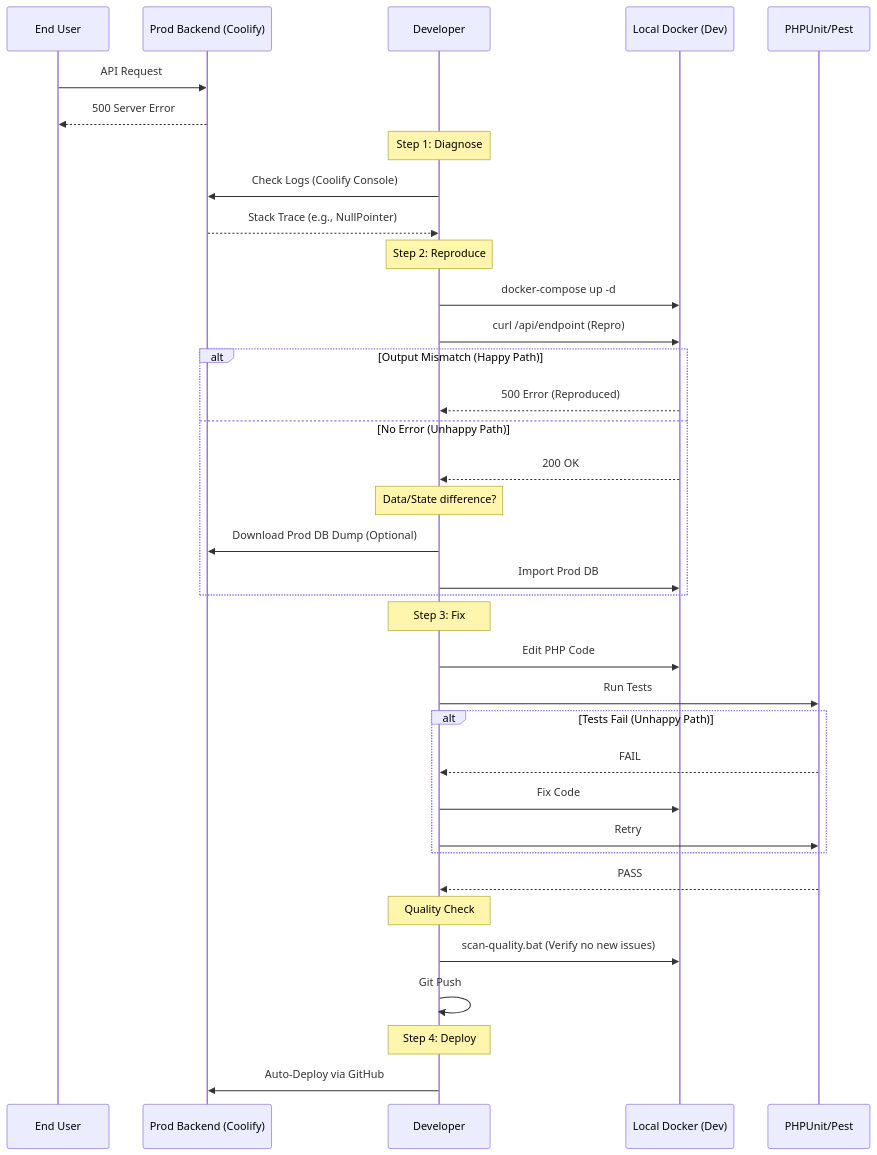
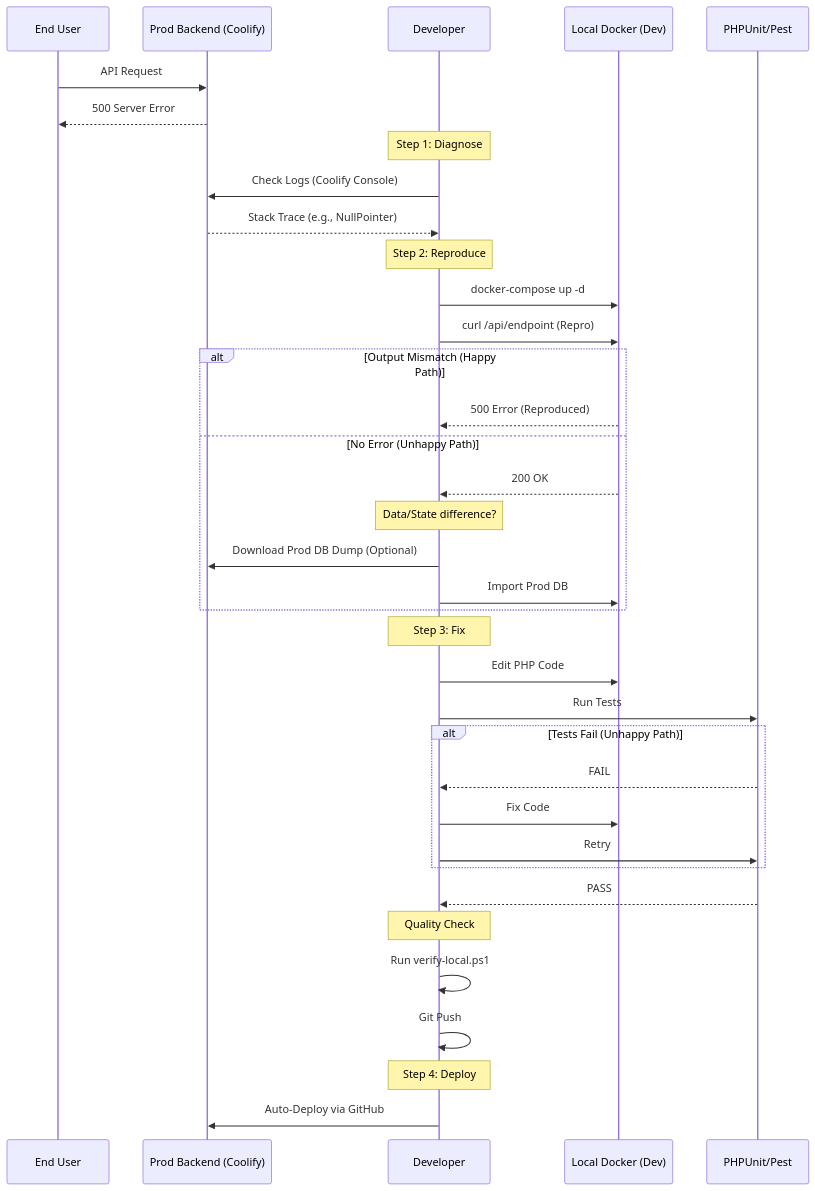
One commit to ihkaru/cerdas changed the second of 5 diagrams in docs/WORKFLOW_AND_DEBUGGING.md. Above: the diagram before and after it, drawn with Mermaid. The commit also changed other lines of this file and 1 other file, not shown here.

Commit message:
docs: correct assignment status flow and remove stale static analysis guides

````diff
--- a/docs/WORKFLOW_AND_DEBUGGING.md
+++ b/docs/WORKFLOW_AND_DEBUGGING.md
@@ -74,48 +74,48 @@
 ```mermaid
 sequenceDiagram
     participant User as End User
     participant Prod as Prod Backend (Coolify)
     participant Dev as Developer
     participant Local as Local Docker (Dev)
     participant Test as PHPUnit/Pest
 
     User->>Prod: API Request
     Prod-->>User: 500 Server Error
     
     Note over Dev: Step 1: Diagnose
     Dev->>Prod: Check Logs (Coolify Console)
     Prod-->>Dev: Stack Trace (e.g., NullPointer)
 
     Note over Dev: Step 2: Reproduce
     Dev->>Local: docker-compose up -d
     Dev->>Local: curl /api/endpoint (Repro)
     
     alt Output Mismatch (Happy Path)
         Local-->>Dev: 500 Error (Reproduced)
     else No Error (Unhappy Path)
         Local-->>Dev: 200 OK
         Note over Dev: Data/State difference?
         Dev->>Prod: Download Prod DB Dump (Optional)
         Dev->>Local: Import Prod DB
     end
 
     Note over Dev: Step 3: Fix
     Dev->>Local: Edit PHP Code
     Dev->>Test: Run Tests
     
     alt Tests Fail (Unhappy Path)
         Test-->>Dev: FAIL
         Dev->>Local: Fix Code
         Dev->>Test: Retry
     end
 
     Test-->>Dev: PASS
     
     Note over Dev: Quality Check
-    Dev->>Local: scan-quality.bat (Verify no new issues)
+    Dev->>Dev: Run verify-local.ps1
 
     Dev->>Dev: Git Push
     
     Note over Dev: Step 4: Deploy
     Dev->>Prod: Auto-Deploy via GitHub
 ```
````
